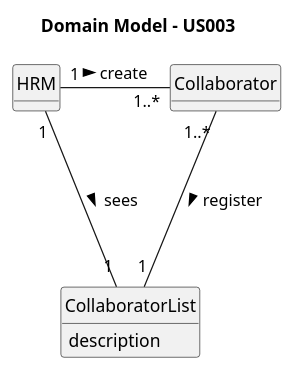
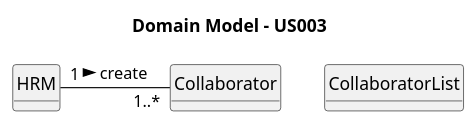
The diagram in docs/sprintA/us003/02.analysis/puml/us003-domain-model.puml (SAEmanuel/Green_Spaces_Management_ISEP), drawn with PlantUML before and after one commit. The commit also changed 1 other file, not shown here.

```diff
--- a/docs/sprintA/us003/02.analysis/puml/us003-domain-model.puml
+++ b/docs/sprintA/us003/02.analysis/puml/us003-domain-model.puml
@@ -1,33 +1,32 @@
 @startuml
 skinparam monochrome true
 skinparam packageStyle rectangle
 skinparam shadowing false
 
 'left to right direction
 
 skinparam classAttributeIconSize 0
 
 hide circle
 hide methods
 
 title Domain Model - US003
 
 'class Platform {
 '  -description
 '}
 
 class HRM {
 }
 
 class Collaborator {
 }
 
 class CollaboratorList {
-    description
 }
 
 HRM "1" - "1..*" Collaborator : create >
-HRM "1" --- "1" CollaboratorList : sees >
-Collaborator "1..*" --- "1" CollaboratorList: register >
+
+
 
 @enduml
```
